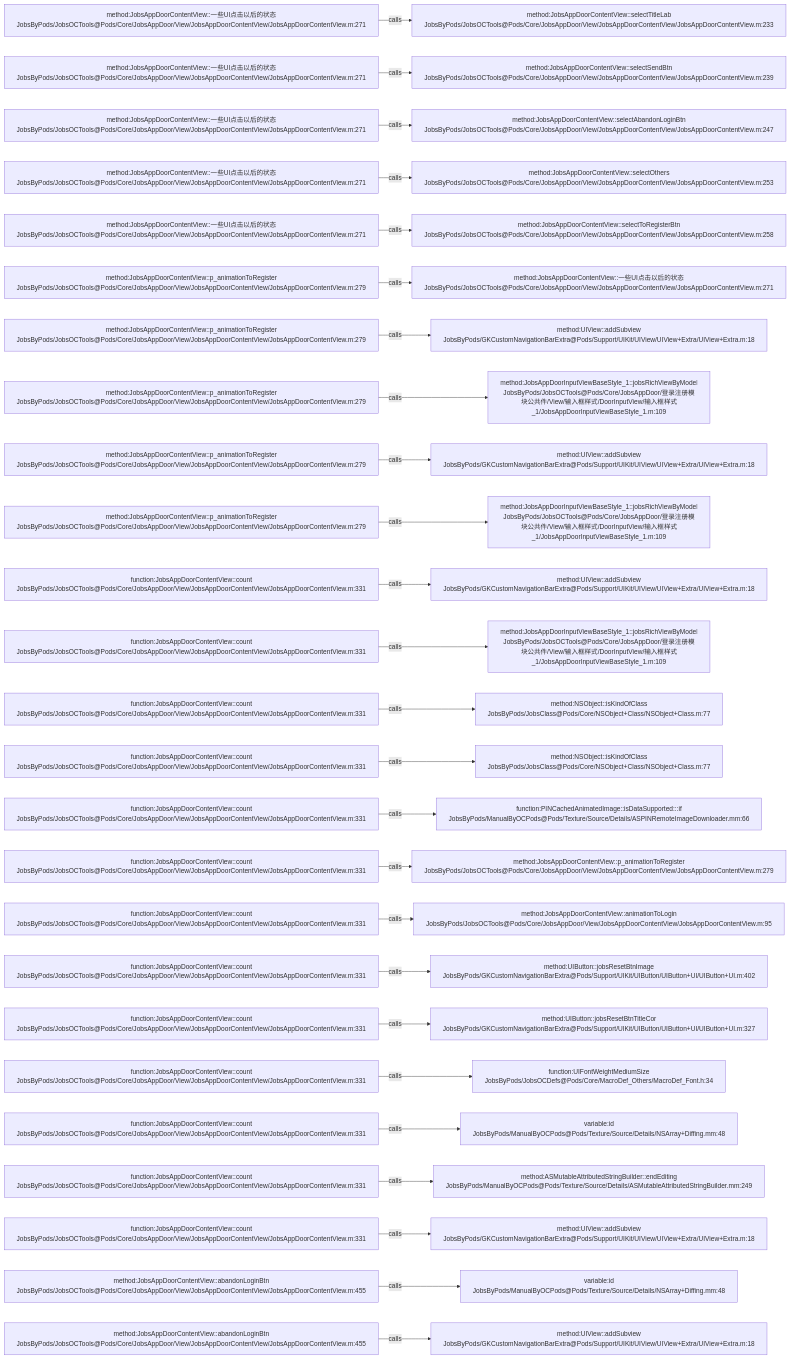
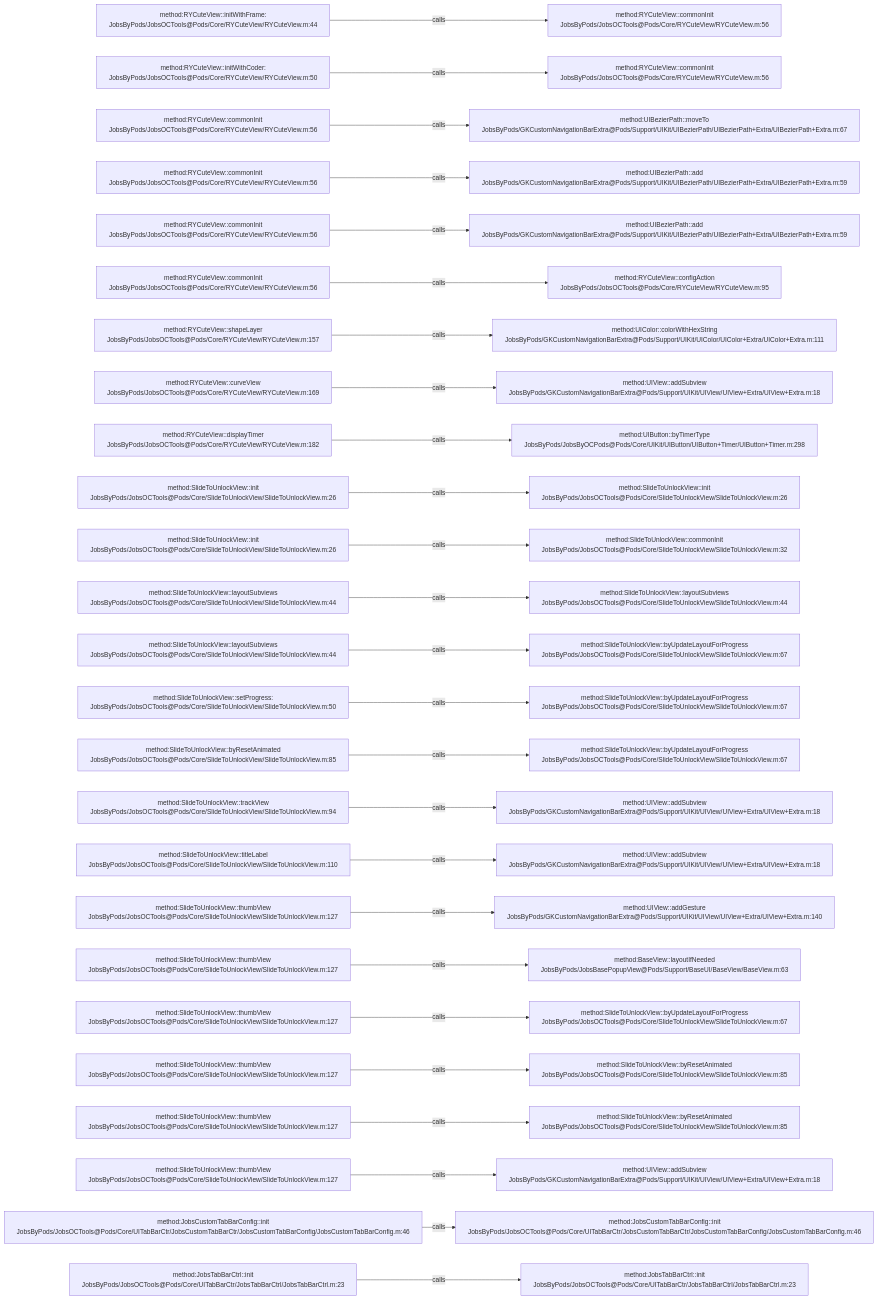
One commit to JobsKits/JobsOCBaseConfigDemo changed the diagram in .codegraph/codegraph.md/graphs/calls-149.md. Above: the diagram before and after it, drawn with Mermaid. The commit also changed 639 other files, not shown here.

````diff
--- a/.codegraph/codegraph.md/graphs/calls-149.md
+++ b/.codegraph/codegraph.md/graphs/calls-149.md
@@ -13,78 +13,78 @@
 ```mermaid
 flowchart LR
-  S1["method:JobsAppDoorContentView::一些UI点击以后的状态<br/>JobsByPods/JobsOCTools@Pods/Core/JobsAppDoor/View/JobsAppDoorContentView/JobsAppDoorContentView.m:271"]
-  T1["method:JobsAppDoorContentView::selectTitleLab<br/>JobsByPods/JobsOCTools@Pods/Core/JobsAppDoor/View/JobsAppDoorContentView/JobsAppDoorContentView.m:233"]
+  S1["method:RYCuteView::initWithFrame:<br/>JobsByPods/JobsOCTools@Pods/Core/RYCuteView/RYCuteView.m:44"]
+  T1["method:RYCuteView::commonInit<br/>JobsByPods/JobsOCTools@Pods/Core/RYCuteView/RYCuteView.m:56"]
   S1 -->|calls| T1
-  S2["method:JobsAppDoorContentView::一些UI点击以后的状态<br/>JobsByPods/JobsOCTools@Pods/Core/JobsAppDoor/View/JobsAppDoorContentView/JobsAppDoorContentView.m:271"]
-  T2["method:JobsAppDoorContentView::selectSendBtn<br/>JobsByPods/JobsOCTools@Pods/Core/JobsAppDoor/View/JobsAppDoorContentView/JobsAppDoorContentView.m:239"]
+  S2["method:RYCuteView::initWithCoder:<br/>JobsByPods/JobsOCTools@Pods/Core/RYCuteView/RYCuteView.m:50"]
+  T2["method:RYCuteView::commonInit<br/>JobsByPods/JobsOCTools@Pods/Core/RYCuteView/RYCuteView.m:56"]
   S2 -->|calls| T2
-  S3["method:JobsAppDoorContentView::一些UI点击以后的状态<br/>JobsByPods/JobsOCTools@Pods/Core/JobsAppDoor/View/JobsAppDoorContentView/JobsAppDoorContentView.m:271"]
-  T3["method:JobsAppDoorContentView::selectAbandonLoginBtn<br/>JobsByPods/JobsOCTools@Pods/Core/JobsAppDoor/View/JobsAppDoorContentView/JobsAppDoorContentView.m:247"]
+  S3["method:RYCuteView::commonInit<br/>JobsByPods/JobsOCTools@Pods/Core/RYCuteView/RYCuteView.m:56"]
+  T3["method:UIBezierPath::moveTo<br/>JobsByPods/GKCustomNavigationBarExtra@Pods/Support/UIKit/UIBezierPath/UIBezierPath+Extra/UIBezierPath+Extra.m:67"]
   S3 -->|calls| T3
-  S4["method:JobsAppDoorContentView::一些UI点击以后的状态<br/>JobsByPods/JobsOCTools@Pods/Core/JobsAppDoor/View/JobsAppDoorContentView/JobsAppDoorContentView.m:271"]
-  T4["method:JobsAppDoorContentView::selectOthers<br/>JobsByPods/JobsOCTools@Pods/Core/JobsAppDoor/View/JobsAppDoorContentView/JobsAppDoorContentView.m:253"]
+  S4["method:RYCuteView::commonInit<br/>JobsByPods/JobsOCTools@Pods/Core/RYCuteView/RYCuteView.m:56"]
+  T4["method:UIBezierPath::add<br/>JobsByPods/GKCustomNavigationBarExtra@Pods/Support/UIKit/UIBezierPath/UIBezierPath+Extra/UIBezierPath+Extra.m:59"]
   S4 -->|calls| T4
-  S5["method:JobsAppDoorContentView::一些UI点击以后的状态<br/>JobsByPods/JobsOCTools@Pods/Core/JobsAppDoor/View/JobsAppDoorContentView/JobsAppDoorContentView.m:271"]
-  T5["method:JobsAppDoorContentView::selectToRegisterBtn<br/>JobsByPods/JobsOCTools@Pods/Core/JobsAppDoor/View/JobsAppDoorContentView/JobsAppDoorContentView.m:258"]
+  S5["method:RYCuteView::commonInit<br/>JobsByPods/JobsOCTools@Pods/Core/RYCuteView/RYCuteView.m:56"]
+  T5["method:UIBezierPath::add<br/>JobsByPods/GKCustomNavigationBarExtra@Pods/Support/UIKit/UIBezierPath/UIBezierPath+Extra/UIBezierPath+Extra.m:59"]
   S5 -->|calls| T5
-  S6["method:JobsAppDoorContentView::p_animationToRegister<br/>JobsByPods/JobsOCTools@Pods/Core/JobsAppDoor/View/JobsAppDoorContentView/JobsAppDoorContentView.m:279"]
-  T6["method:JobsAppDoorContentView::一些UI点击以后的状态<br/>JobsByPods/JobsOCTools@Pods/Core/JobsAppDoor/View/JobsAppDoorContentView/JobsAppDoorContentView.m:271"]
+  S6["method:RYCuteView::commonInit<br/>JobsByPods/JobsOCTools@Pods/Core/RYCuteView/RYCuteView.m:56"]
+  T6["method:RYCuteView::configAction<br/>JobsByPods/JobsOCTools@Pods/Core/RYCuteView/RYCuteView.m:95"]
   S6 -->|calls| T6
-  S7["method:JobsAppDoorContentView::p_animationToRegister<br/>JobsByPods/JobsOCTools@Pods/Core/JobsAppDoor/View/JobsAppDoorContentView/JobsAppDoorContentView.m:279"]
-  T7["method:UIView::addSubview<br/>JobsByPods/GKCustomNavigationBarExtra@Pods/Support/UIKit/UIView/UIView+Extra/UIView+Extra.m:18"]
+  S7["method:RYCuteView::shapeLayer<br/>JobsByPods/JobsOCTools@Pods/Core/RYCuteView/RYCuteView.m:157"]
+  T7["method:UIColor::colorWithHexString<br/>JobsByPods/GKCustomNavigationBarExtra@Pods/Support/UIKit/UIColor/UIColor+Extra/UIColor+Extra.m:111"]
   S7 -->|calls| T7
-  S8["method:JobsAppDoorContentView::p_animationToRegister<br/>JobsByPods/JobsOCTools@Pods/Core/JobsAppDoor/View/JobsAppDoorContentView/JobsAppDoorContentView.m:279"]
-  T8["method:JobsAppDoorInputViewBaseStyle_1::jobsRichViewByModel<br/>JobsByPods/JobsOCTools@Pods/Core/JobsAppDoor/登录注册模块公共件/View/输入框样式/DoorInputView/输入框样式_1/JobsAppDoorInputViewBaseStyle_1.m:109"]
+  S8["method:RYCuteView::curveView<br/>JobsByPods/JobsOCTools@Pods/Core/RYCuteView/RYCuteView.m:169"]
+  T8["method:UIView::addSubview<br/>JobsByPods/GKCustomNavigationBarExtra@Pods/Support/UIKit/UIView/UIView+Extra/UIView+Extra.m:18"]
   S8 -->|calls| T8
-  S9["method:JobsAppDoorContentView::p_animationToRegister<br/>JobsByPods/JobsOCTools@Pods/Core/JobsAppDoor/View/JobsAppDoorContentView/JobsAppDoorContentView.m:279"]
-  T9["method:UIView::addSubview<br/>JobsByPods/GKCustomNavigationBarExtra@Pods/Support/UIKit/UIView/UIView+Extra/UIView+Extra.m:18"]
+  S9["method:RYCuteView::displayTimer<br/>JobsByPods/JobsOCTools@Pods/Core/RYCuteView/RYCuteView.m:182"]
+  T9["method:UIButton::byTimerType<br/>JobsByPods/JobsByOCPods@Pods/Core/UIKit/UIButton/UIButton+Timer/UIButton+Timer.m:298"]
   S9 -->|calls| T9
-  S10["method:JobsAppDoorContentView::p_animationToRegister<br/>JobsByPods/JobsOCTools@Pods/Core/JobsAppDoor/View/JobsAppDoorContentView/JobsAppDoorContentView.m:279"]
-  T10["method:JobsAppDoorInputViewBaseStyle_1::jobsRichViewByModel<br/>JobsByPods/JobsOCTools@Pods/Core/JobsAppDoor/登录注册模块公共件/View/输入框样式/DoorInputView/输入框样式_1/JobsAppDoorInputViewBaseStyle_1.m:109"]
+  S10["method:SlideToUnlockView::init<br/>JobsByPods/JobsOCTools@Pods/Core/SlideToUnlockView/SlideToUnlockView.m:26"]
+  T10["method:SlideToUnlockView::init<br/>JobsByPods/JobsOCTools@Pods/Core/SlideToUnlockView/SlideToUnlockView.m:26"]
   S10 -->|calls| T10
-  S11["function:JobsAppDoorContentView::count<br/>JobsByPods/JobsOCTools@Pods/Core/JobsAppDoor/View/JobsAppDoorContentView/JobsAppDoorContentView.m:331"]
-  T11["method:UIView::addSubview<br/>JobsByPods/GKCustomNavigationBarExtra@Pods/Support/UIKit/UIView/UIView+Extra/UIView+Extra.m:18"]
+  S11["method:SlideToUnlockView::init<br/>JobsByPods/JobsOCTools@Pods/Core/SlideToUnlockView/SlideToUnlockView.m:26"]
+  T11["method:SlideToUnlockView::commonInit<br/>JobsByPods/JobsOCTools@Pods/Core/SlideToUnlockView/SlideToUnlockView.m:32"]
   S11 -->|calls| T11
-  S12["function:JobsAppDoorContentView::count<br/>JobsByPods/JobsOCTools@Pods/Core/JobsAppDoor/View/JobsAppDoorContentView/JobsAppDoorContentView.m:331"]
-  T12["method:JobsAppDoorInputViewBaseStyle_1::jobsRichViewByModel<br/>JobsByPods/JobsOCTools@Pods/Core/JobsAppDoor/登录注册模块公共件/View/输入框样式/DoorInputView/输入框样式_1/JobsAppDoorInputViewBaseStyle_1.m:109"]
+  S12["method:SlideToUnlockView::layoutSubviews<br/>JobsByPods/JobsOCTools@Pods/Core/SlideToUnlockView/SlideToUnlockView.m:44"]
+  T12["method:SlideToUnlockView::layoutSubviews<br/>JobsByPods/JobsOCTools@Pods/Core/SlideToUnlockView/SlideToUnlockView.m:44"]
   S12 -->|calls| T12
-  S13["function:JobsAppDoorContentView::count<br/>JobsByPods/JobsOCTools@Pods/Core/JobsAppDoor/View/JobsAppDoorContentView/JobsAppDoorContentView.m:331"]
-  T13["method:NSObject::isKindOfClass<br/>JobsByPods/JobsClass@Pods/Core/NSObject+Class/NSObject+Class.m:77"]
+  S13["method:SlideToUnlockView::layoutSubviews<br/>JobsByPods/JobsOCTools@Pods/Core/SlideToUnlockView/SlideToUnlockView.m:44"]
+  T13["method:SlideToUnlockView::byUpdateLayoutForProgress<br/>JobsByPods/JobsOCTools@Pods/Core/SlideToUnlockView/SlideToUnlockView.m:67"]
   S13 -->|calls| T13
-  S14["function:JobsAppDoorContentView::count<br/>JobsByPods/JobsOCTools@Pods/Core/JobsAppDoor/View/JobsAppDoorContentView/JobsAppDoorContentView.m:331"]
-  T14["method:NSObject::isKindOfClass<br/>JobsByPods/JobsClass@Pods/Core/NSObject+Class/NSObject+Class.m:77"]
+  S14["method:SlideToUnlockView::setProgress:<br/>JobsByPods/JobsOCTools@Pods/Core/SlideToUnlockView/SlideToUnlockView.m:50"]
+  T14["method:SlideToUnlockView::byUpdateLayoutForProgress<br/>JobsByPods/JobsOCTools@Pods/Core/SlideToUnlockView/SlideToUnlockView.m:67"]
   S14 -->|calls| T14
-  S15["function:JobsAppDoorContentView::count<br/>JobsByPods/JobsOCTools@Pods/Core/JobsAppDoor/View/JobsAppDoorContentView/JobsAppDoorContentView.m:331"]
-  T15["function:PINCachedAnimatedImage::isDataSupported:::if<br/>JobsByPods/ManualByOCPods@Pods/Texture/Source/Details/ASPINRemoteImageDownloader.mm:66"]
+  S15["method:SlideToUnlockView::byResetAnimated<br/>JobsByPods/JobsOCTools@Pods/Core/SlideToUnlockView/SlideToUnlockView.m:85"]
+  T15["method:SlideToUnlockView::byUpdateLayoutForProgress<br/>JobsByPods/JobsOCTools@Pods/Core/SlideToUnlockView/SlideToUnlockView.m:67"]
   S15 -->|calls| T15
-  S16["function:JobsAppDoorContentView::count<br/>JobsByPods/JobsOCTools@Pods/Core/JobsAppDoor/View/JobsAppDoorContentView/JobsAppDoorContentView.m:331"]
-  T16["method:JobsAppDoorContentView::p_animationToRegister<br/>JobsByPods/JobsOCTools@Pods/Core/JobsAppDoor/View/JobsAppDoorContentView/JobsAppDoorContentView.m:279"]
+  S16["method:SlideToUnlockView::trackView<br/>JobsByPods/JobsOCTools@Pods/Core/SlideToUnlockView/SlideToUnlockView.m:94"]
+  T16["method:UIView::addSubview<br/>JobsByPods/GKCustomNavigationBarExtra@Pods/Support/UIKit/UIView/UIView+Extra/UIView+Extra.m:18"]
   S16 -->|calls| T16
-  S17["function:JobsAppDoorContentView::count<br/>JobsByPods/JobsOCTools@Pods/Core/JobsAppDoor/View/JobsAppDoorContentView/JobsAppDoorContentView.m:331"]
-  T17["method:JobsAppDoorContentView::animationToLogin<br/>JobsByPods/JobsOCTools@Pods/Core/JobsAppDoor/View/JobsAppDoorContentView/JobsAppDoorContentView.m:95"]
+  S17["method:SlideToUnlockView::titleLabel<br/>JobsByPods/JobsOCTools@Pods/Core/SlideToUnlockView/SlideToUnlockView.m:110"]
+  T17["method:UIView::addSubview<br/>JobsByPods/GKCustomNavigationBarExtra@Pods/Support/UIKit/UIView/UIView+Extra/UIView+Extra.m:18"]
   S17 -->|calls| T17
-  S18["function:JobsAppDoorContentView::count<br/>JobsByPods/JobsOCTools@Pods/Core/JobsAppDoor/View/JobsAppDoorContentView/JobsAppDoorContentView.m:331"]
-  T18["method:UIButton::jobsResetBtnImage<br/>JobsByPods/GKCustomNavigationBarExtra@Pods/Support/UIKit/UIButton/UIButton+UI/UIButton+UI.m:402"]
+  S18["method:SlideToUnlockView::thumbView<br/>JobsByPods/JobsOCTools@Pods/Core/SlideToUnlockView/SlideToUnlockView.m:127"]
+  T18["method:UIView::addGesture<br/>JobsByPods/GKCustomNavigationBarExtra@Pods/Support/UIKit/UIView/UIView+Extra/UIView+Extra.m:140"]
   S18 -->|calls| T18
-  S19["function:JobsAppDoorContentView::count<br/>JobsByPods/JobsOCTools@Pods/Core/JobsAppDoor/View/JobsAppDoorContentView/JobsAppDoorContentView.m:331"]
-  T19["method:UIButton::jobsResetBtnTitleCor<br/>JobsByPods/GKCustomNavigationBarExtra@Pods/Support/UIKit/UIButton/UIButton+UI/UIButton+UI.m:327"]
+  S19["method:SlideToUnlockView::thumbView<br/>JobsByPods/JobsOCTools@Pods/Core/SlideToUnlockView/SlideToUnlockView.m:127"]
+  T19["method:BaseView::layoutIfNeeded<br/>JobsByPods/JobsBasePopupView@Pods/Support/BaseUI/BaseView/BaseView.m:63"]
   S19 -->|calls| T19
-  S20["function:JobsAppDoorContentView::count<br/>JobsByPods/JobsOCTools@Pods/Core/JobsAppDoor/View/JobsAppDoorContentView/JobsAppDoorContentView.m:331"]
-  T20["function:UIFontWeightMediumSize<br/>JobsByPods/JobsOCDefs@Pods/Core/MacroDef_Others/MacroDef_Font.h:34"]
+  S20["method:SlideToUnlockView::thumbView<br/>JobsByPods/JobsOCTools@Pods/Core/SlideToUnlockView/SlideToUnlockView.m:127"]
+  T20["method:SlideToUnlockView::byUpdateLayoutForProgress<br/>JobsByPods/JobsOCTools@Pods/Core/SlideToUnlockView/SlideToUnlockView.m:67"]
   S20 -->|calls| T20
-  S21["function:JobsAppDoorContentView::count<br/>JobsByPods/JobsOCTools@Pods/Core/JobsAppDoor/View/JobsAppDoorContentView/JobsAppDoorContentView.m:331"]
-  T21["variable:id<br/>JobsByPods/ManualByOCPods@Pods/Texture/Source/Details/NSArray+Diffing.mm:48"]
+  S21["method:SlideToUnlockView::thumbView<br/>JobsByPods/JobsOCTools@Pods/Core/SlideToUnlockView/SlideToUnlockView.m:127"]
+  T21["method:SlideToUnlockView::byResetAnimated<br/>JobsByPods/JobsOCTools@Pods/Core/SlideToUnlockView/SlideToUnlockView.m:85"]
   S21 -->|calls| T21
-  S22["function:JobsAppDoorContentView::count<br/>JobsByPods/JobsOCTools@Pods/Core/JobsAppDoor/View/JobsAppDoorContentView/JobsAppDoorContentView.m:331"]
-  T22["method:ASMutableAttributedStringBuilder::endEditing<br/>JobsByPods/ManualByOCPods@Pods/Texture/Source/Details/ASMutableAttributedStringBuilder.mm:249"]
+  S22["method:SlideToUnlockView::thumbView<br/>JobsByPods/JobsOCTools@Pods/Core/SlideToUnlockView/SlideToUnlockView.m:127"]
+  T22["method:SlideToUnlockView::byResetAnimated<br/>JobsByPods/JobsOCTools@Pods/Core/SlideToUnlockView/SlideToUnlockView.m:85"]
   S22 -->|calls| T22
-  S23["function:JobsAppDoorContentView::count<br/>JobsByPods/JobsOCTools@Pods/Core/JobsAppDoor/View/JobsAppDoorContentView/JobsAppDoorContentView.m:331"]
+  S23["method:SlideToUnlockView::thumbView<br/>JobsByPods/JobsOCTools@Pods/Core/SlideToUnlockView/SlideToUnlockView.m:127"]
   T23["method:UIView::addSubview<br/>JobsByPods/GKCustomNavigationBarExtra@Pods/Support/UIKit/UIView/UIView+Extra/UIView+Extra.m:18"]
   S23 -->|calls| T23
-  S24["method:JobsAppDoorContentView::abandonLoginBtn<br/>JobsByPods/JobsOCTools@Pods/Core/JobsAppDoor/View/JobsAppDoorContentView/JobsAppDoorContentView.m:455"]
-  T24["variable:id<br/>JobsByPods/ManualByOCPods@Pods/Texture/Source/Details/NSArray+Diffing.mm:48"]
+  S24["method:JobsCustomTabBarConfig::init<br/>JobsByPods/JobsOCTools@Pods/Core/UITabBarCtr/JobsCustomTabBarCtr/JobsCustomTabBarConfig/JobsCustomTabBarConfig.m:46"]
+  T24["method:JobsCustomTabBarConfig::init<br/>JobsByPods/JobsOCTools@Pods/Core/UITabBarCtr/JobsCustomTabBarCtr/JobsCustomTabBarConfig/JobsCustomTabBarConfig.m:46"]
   S24 -->|calls| T24
-  S25["method:JobsAppDoorContentView::abandonLoginBtn<br/>JobsByPods/JobsOCTools@Pods/Core/JobsAppDoor/View/JobsAppDoorContentView/JobsAppDoorContentView.m:455"]
-  T25["method:UIView::addSubview<br/>JobsByPods/GKCustomNavigationBarExtra@Pods/Support/UIKit/UIView/UIView+Extra/UIView+Extra.m:18"]
+  S25["method:JobsTabBarCtrl::init<br/>JobsByPods/JobsOCTools@Pods/Core/UITabBarCtr/JobsTabBarCtrl/JobsTabBarCtrl.m:23"]
+  T25["method:JobsTabBarCtrl::init<br/>JobsByPods/JobsOCTools@Pods/Core/UITabBarCtr/JobsTabBarCtrl/JobsTabBarCtrl.m:23"]
   S25 -->|calls| T25
 ```
````
